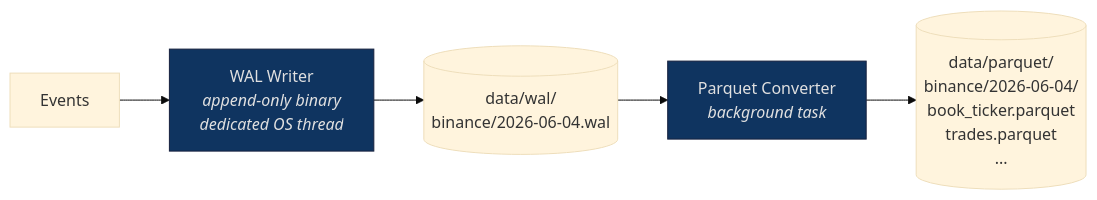
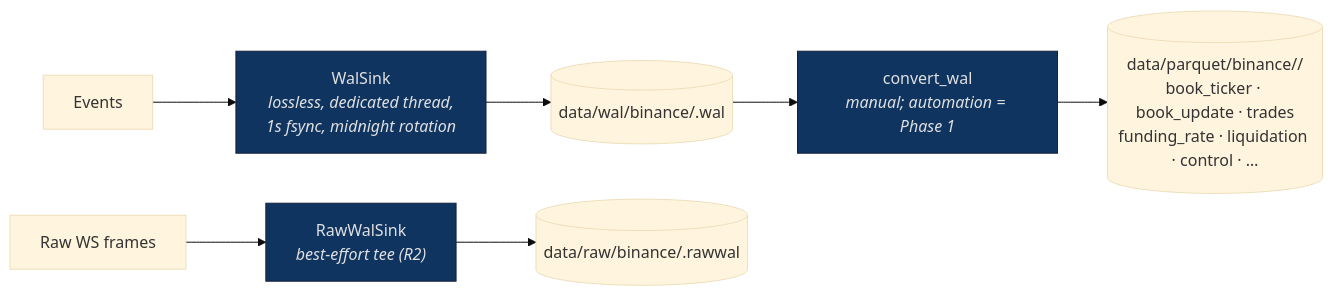
The second of 2 diagrams in README.md (mendelabramzon/trading), drawn with Mermaid (base theme) before and after one commit. The commit also changed other lines of this file and 30 other files, not shown here.

````diff
--- a/README.md
+++ b/README.md
@@ -112,10 +83,13 @@
 ```mermaid
 graph LR
-    E[Events] --> WAL["WAL Writer<br/><i>append-only binary<br/>dedicated OS thread</i>"]
-    WAL --> F[("data/wal/<br/>binance/2026-06-04.wal")]
-    F --> PC["Parquet Converter<br/><i>background task</i>"]
-    PC --> PQ[("data/parquet/<br/>binance/2026-06-04/<br/>book_ticker.parquet<br/>trades.parquet<br/>...")]
+    E[Events] --> W["WalSink<br/><i>lossless, dedicated thread,<br/>1s fsync, midnight rotation</i>"]
+    RT[Raw WS frames] --> RW["RawWalSink<br/><i>best-effort tee (R2)</i>"]
+    W --> F[("data/wal/binance/<date>.wal")]
+    RW --> F2[("data/raw/binance/<date>.rawwal")]
+    F --> PC["convert_wal<br/><i>manual; automation = Phase 1</i>"]
+    PC --> PQ[("data/parquet/binance/<date>/<br/>book_ticker · book_update · trades<br/>funding_rate · liquidation · control · …")]
 
-    style WAL fill:#0f3460,stroke:#16213e,color:#e0e0e0
+    style W fill:#0f3460,stroke:#16213e,color:#e0e0e0
+    style RW fill:#0f3460,stroke:#16213e,color:#e0e0e0
     style PC fill:#0f3460,stroke:#16213e,color:#e0e0e0
 ```
````
